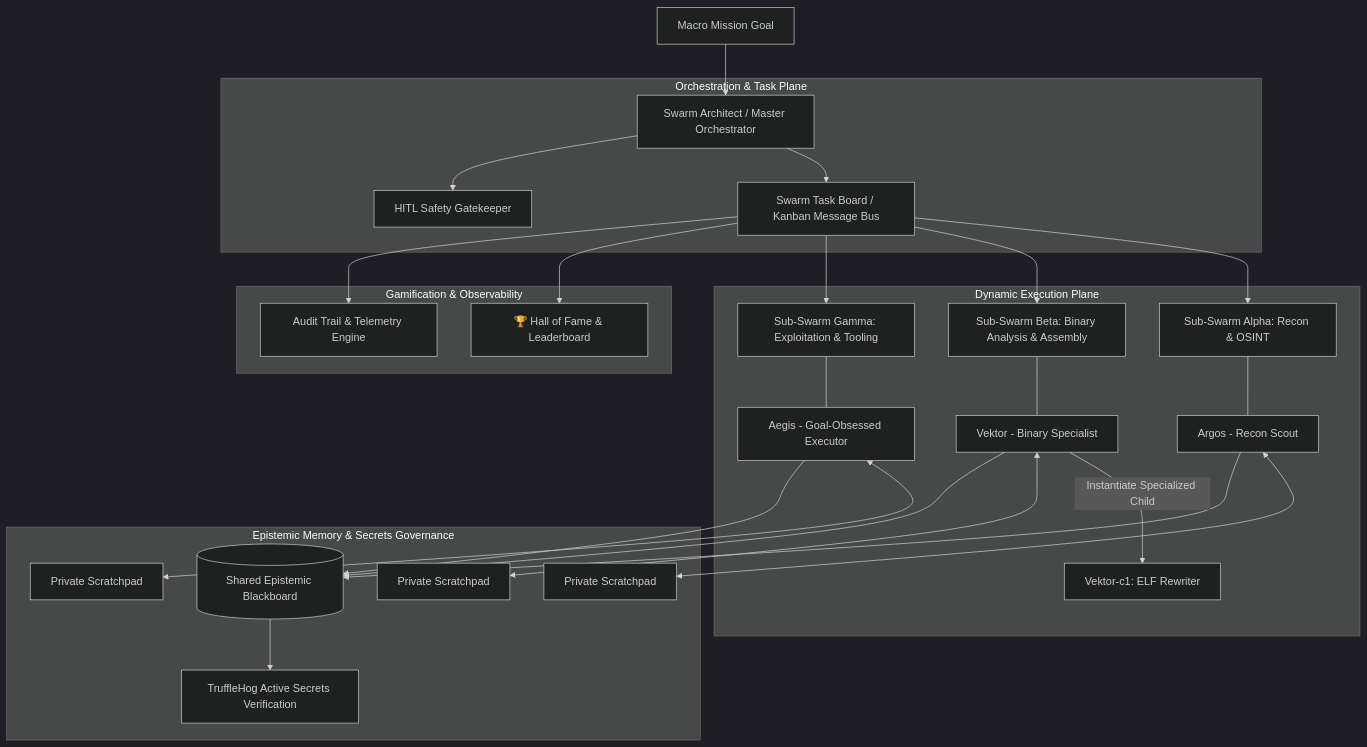
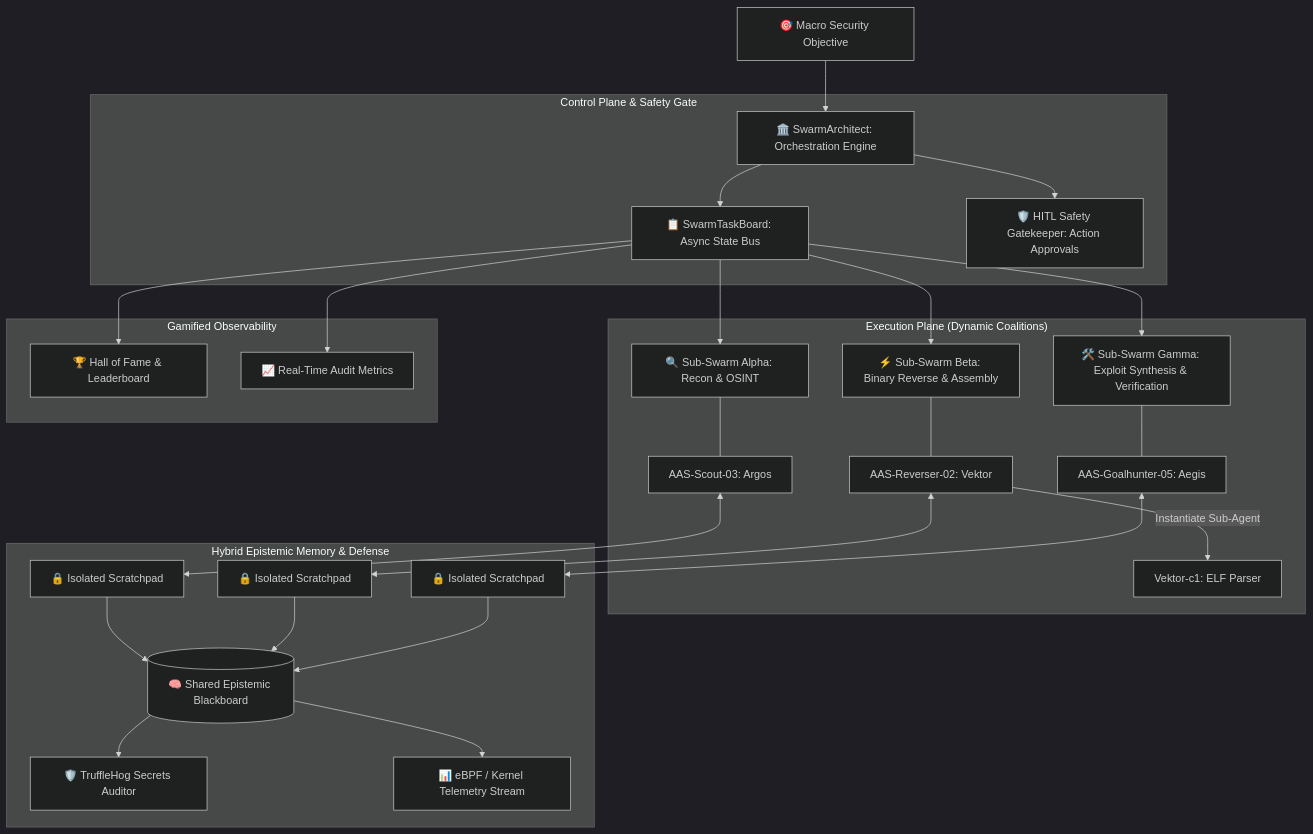
Before and after one commit to aoliver83/autonomous-agent-swarms-security: the diagram in README.md, drawn with Mermaid (dark theme). The commit also changed other lines of this file, not shown here.

Commit message:
docs: enrich trilingual README with 'Case 1000' origin story, reverse engineering insights, and SEO enhancement

````diff
--- a/README.md
+++ b/README.md
@@ -36,39 +96,40 @@
 ```mermaid
 graph TD
-    %% Global Swarm Architecture
-    Mission[Macro Mission Goal] --> Master[Swarm Architect / Master Orchestrator]
+    %% AAS-Sec Architecture
+    Goal[🎯 Macro Security Objective] --> Architect[🏛️ SwarmArchitect: Orchestration Engine]
     
-    subgraph "Orchestration & Task Plane"
-        Master --> Board[Swarm Task Board / Kanban Message Bus]
-        Master --> HITL[HITL Safety Gatekeeper]
+    subgraph "Control Plane & Safety Gate"
+        Architect --> Board[📋 SwarmTaskBoard: Async State Bus]
+        Architect --> HITL[🛡️ HITL Safety Gatekeeper: Action Approvals]
     end
 
-    subgraph "Dynamic Execution Plane"
-        Board --> CoalitionA[Sub-Swarm Alpha: Recon & OSINT]
-        Board --> CoalitionB[Sub-Swarm Beta: Binary Analysis & Assembly]
-        Board --> CoalitionC[Sub-Swarm Gamma: Exploitation & Tooling]
+    subgraph "Execution Plane (Dynamic Coalitions)"
+        Board --> SubAlpha[🔍 Sub-Swarm Alpha: Recon & OSINT]
+        Board --> SubBeta[⚡ Sub-Swarm Beta: Binary Reverse & Assembly]
+        Board --> SubGamma[🛠️ Sub-Swarm Gamma: Exploit Synthesis & Verification]
         
-        CoalitionA --- Agent1[Argos - Recon Scout]
-        CoalitionB --- Agent2[Vektor - Binary Specialist]
-        CoalitionC --- Agent3[Aegis - Goal-Obsessed Executor]
+        SubAlpha --- AgentScout[AAS-Scout-03: Argos]
+        SubBeta --- AgentReverser[AAS-Reverser-02: Vektor]
+        SubGamma --- AgentGoal[AAS-Goalhunter-05: Aegis]
         
-        Agent2 -->|Instantiate Specialized Child| Agent2Clone[Vektor-c1: ELF Rewriter]
+        AgentReverser -->|Instantiate Sub-Agent| CloneChild[Vektor-c1: ELF Parser]
     end
 
-    subgraph "Epistemic Memory & Secrets Governance"
-        Agent1 <--> Scratch1[Private Scratchpad]
-        Agent2 <--> Scratch2[Private Scratchpad]
-        Agent3 <--> Scratch3[Private Scratchpad]
+    subgraph "Hybrid Epistemic Memory & Defense"
+        AgentScout <--> Scratch1[🔒 Isolated Scratchpad]
+        AgentReverser <--> Scratch2[🔒 Isolated Scratchpad]
+        AgentGoal <--> Scratch3[🔒 Isolated Scratchpad]
         
-        Agent1 --> Blackboard[(Shared Epistemic Blackboard)]
-        Agent2 --> Blackboard
-        Agent3 --> Blackboard
+        Scratch1 --> Blackboard[(🧠 Shared Epistemic Blackboard)]
+        Scratch2 --> Blackboard
+        Scratch3 --> Blackboard
         
-        Blackboard --> Scan[TruffleHog Active Secrets Verification]
+        Blackboard --> TruffleScan[🛡️ TruffleHog Secrets Auditor]
+        Blackboard --> FalcoTele[📊 eBPF / Kernel Telemetry Stream]
     end
 
-    subgraph "Gamification & Observability"
+    subgraph "Gamified Observability"
         Board --> HOF[🏆 Hall of Fame & Leaderboard]
-        Board --> Telemetry[Audit Trail & Telemetry Engine]
+        Board --> Telemetry[📈 Real-Time Audit Metrics]
     end
 ```
````
